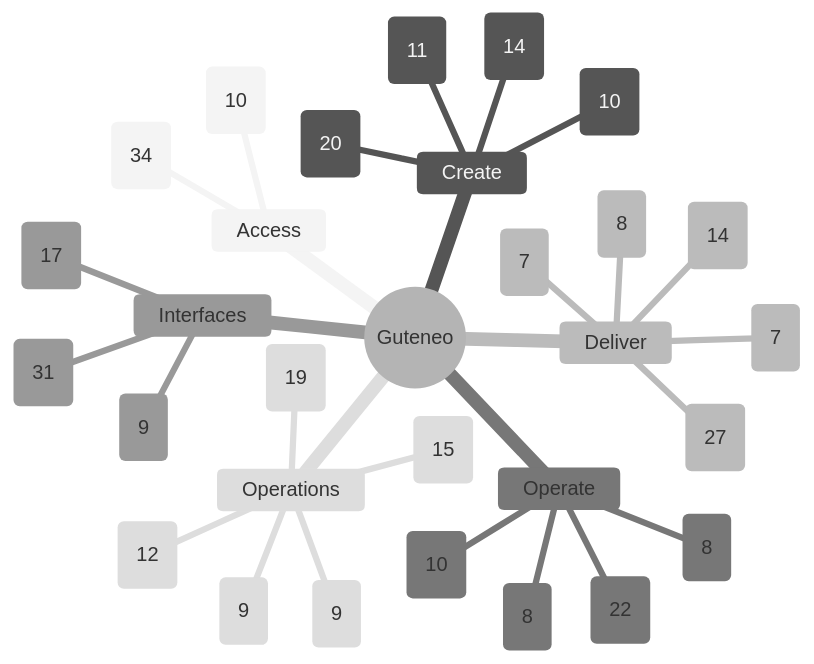
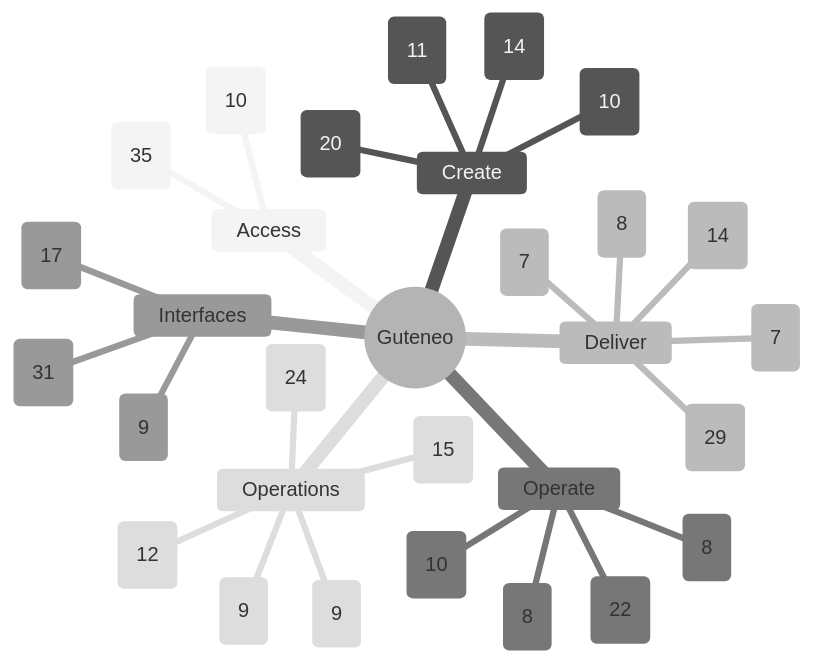
Before and after one commit to nclsppr/guteneo: the diagram in docs/FEATURE_MAP.md, drawn with Mermaid (neutral theme). The commit also changed other lines of this file and 75 other files, not shown here.

````diff
--- a/docs/FEATURE_MAP.md
+++ b/docs/FEATURE_MAP.md
@@ -13,33 +13,33 @@
 ```mermaid
 mindmap
   root((Guteneo))
     Access
-      Access and identity (34)
+      Access and identity (35)
       Team and responsibilities (10)
     Create
       Documents and protection (20)
       Template studio (14)
       Data and mappings (10)
       PDF generation and distribution (11)
     Deliver
       Fax (7)
       Postal mail (8)
       Email and protected links (14)
-      Sensitive distribution and personal documents (27)
+      Sensitive distribution and personal documents (29)
       Dispatch dry run (7)
     Operate
       Campaigns and tracking (8)
       Credits and billing (8)
       Workspace layout and browser appearance (22)
       PDF verification (10)
     Interfaces
       Assistants and API (31)
       iPhone and iPad (9)
       Public pages, languages and appearance (17)
     Operations
       Reviewer OAuth qualification (9)
-      Operations and reliability (19)
+      Operations and reliability (24)
       Belvédère platform oversight (9)
       Public service status (15)
       Engineering documentation (12)
 ```
````
